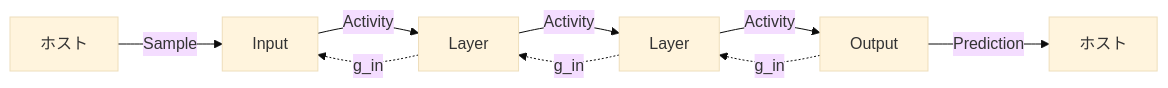
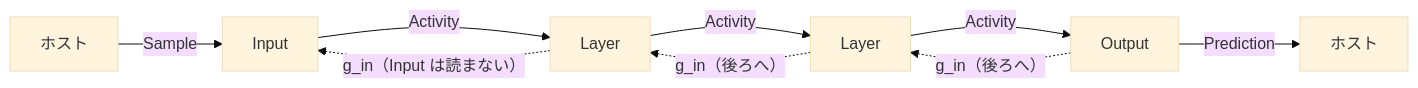
Before and after one commit to Geson-anko/mujou: the second of 4 diagrams in docs/ja/topics/pc-concepts.md, drawn with Mermaid (base theme). The commit also changed other lines of this file and 49 other files, not shown here.

````diff
--- a/docs/ja/topics/pc-concepts.md
+++ b/docs/ja/topics/pc-concepts.md
@@ -193,11 +82,11 @@
 ```mermaid
 flowchart LR
     H1["ホスト"] -->|"Sample"| I["Input"]
     I -->|"Activity"| L0["Layer"]
     L0 -->|"Activity"| L1["Layer"]
     L1 -->|"Activity"| O["Output"]
     O -->|"Prediction"| H2["ホスト"]
-    O -.->|"g_in"| L1
-    L1 -.->|"g_in"| L0
-    L0 -.->|"g_in"| I
+    O -.->|"g_in（後ろへ）"| L1
+    L1 -.->|"g_in（後ろへ）"| L0
+    L0 -.->|"g_in（Input は読まない）"| I
 ```
````
